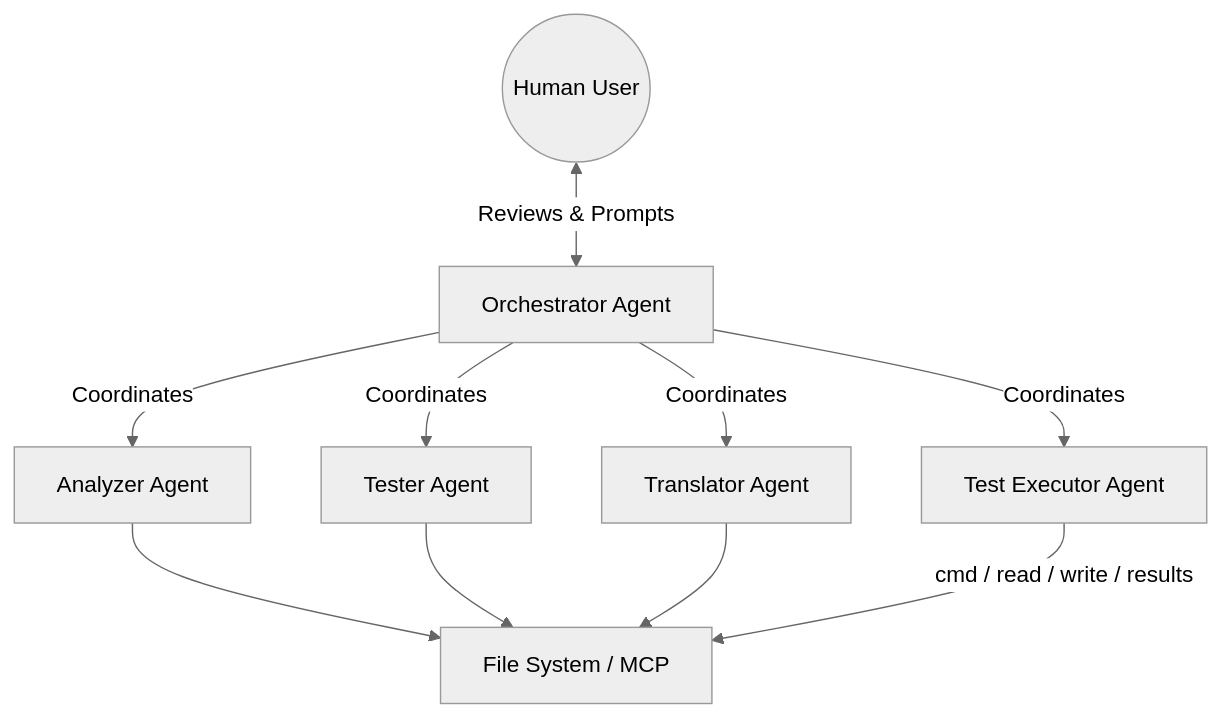
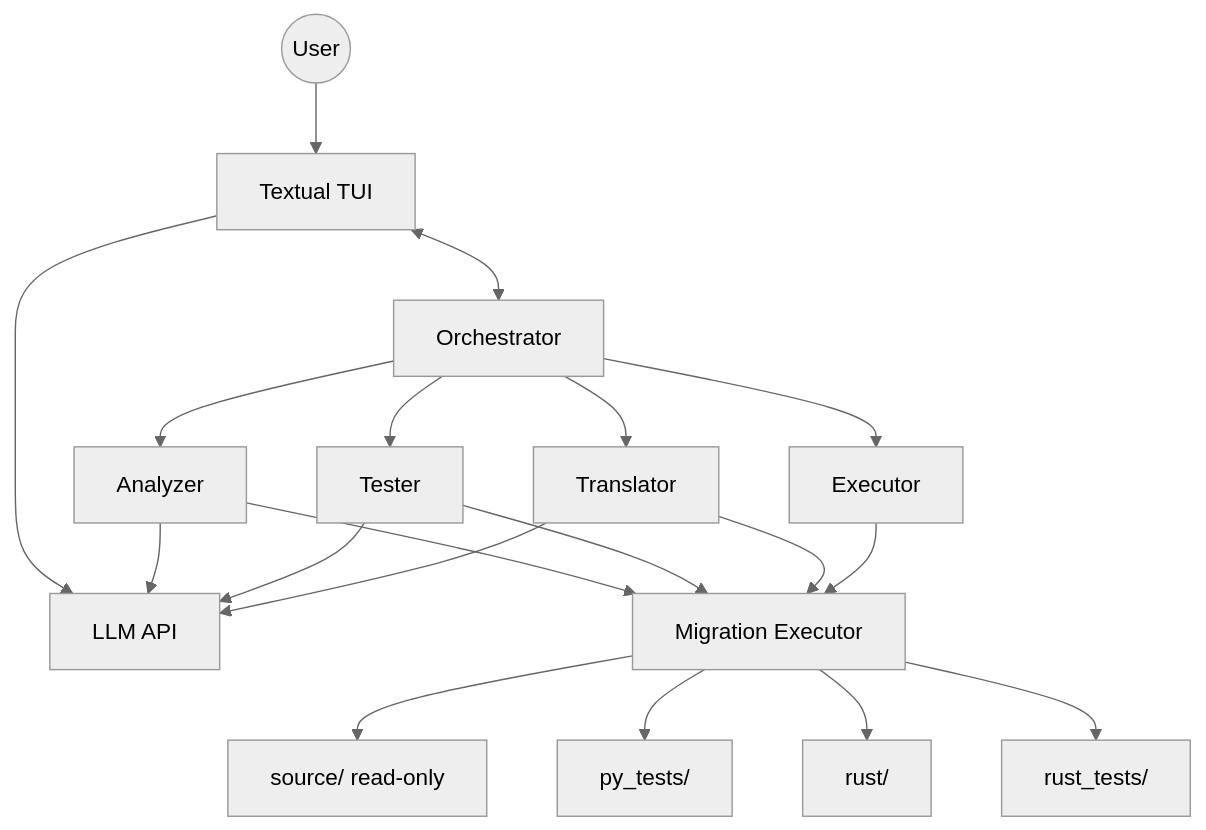
One commit to Haaparanta/AaltoAI-Ai-For-Good changed the first of 2 diagrams in README.md. Above: the diagram before and after it, drawn with Mermaid (neutral theme). The commit also changed other lines of this file and 27 other files, not shown here.

First line of the commit message:
Add migration layout, LLM provider selection, and test-fix orchestration.

````diff
--- a/README.md
+++ b/README.md
@@ -13,16 +7,25 @@
 ```mermaid
-graph TD
-    User((Human User)) <-->|Reviews & Prompts| Orkest
+flowchart TB
+    User((User)) --> TUI[Textual TUI]
+    TUI --> LLM[LLM API]
+    TUI <--> Orch[Orchestrator]
 
-    Orkest[Orchestrator Agent]
-    Orkest -->|Coordinates| Analyzer[Analyzer Agent]
-    Orkest -->|Coordinates| Tester[Tester Agent]
-    Orkest -->|Coordinates| Translator[Translator Agent]
-    Orkest -->|Coordinates| Executor[Test Executor Agent]
+    Orch --> Analyzer
+    Orch --> Tester
+    Orch --> Translator
+    Orch --> Exec[Executor]
 
-    Analyzer --> MCP[File System / MCP]
-    Tester --> MCP
-    Translator --> MCP
-    Executor -->|cmd / read / write / results| MCP
+    Analyzer --> LLM
+    Tester --> LLM
+    Translator --> LLM
 
+    Analyzer --> ME[Migration Executor]
+    Tester --> ME
+    Translator --> ME
+    Exec --> ME
+
+    ME --> Source[source/ read-only]
+    ME --> Py[py_tests/]
+    ME --> Ru[rust/]
+    ME --> RT[rust_tests/]
 ```
````
